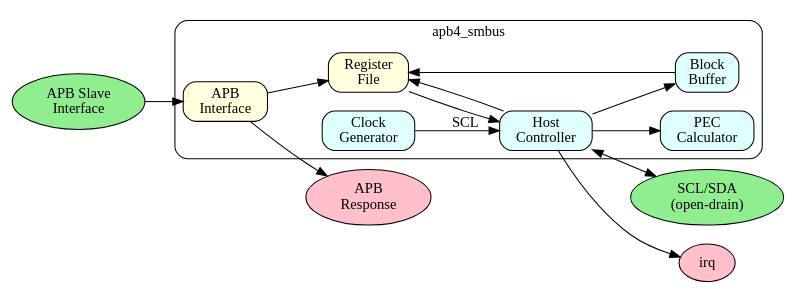
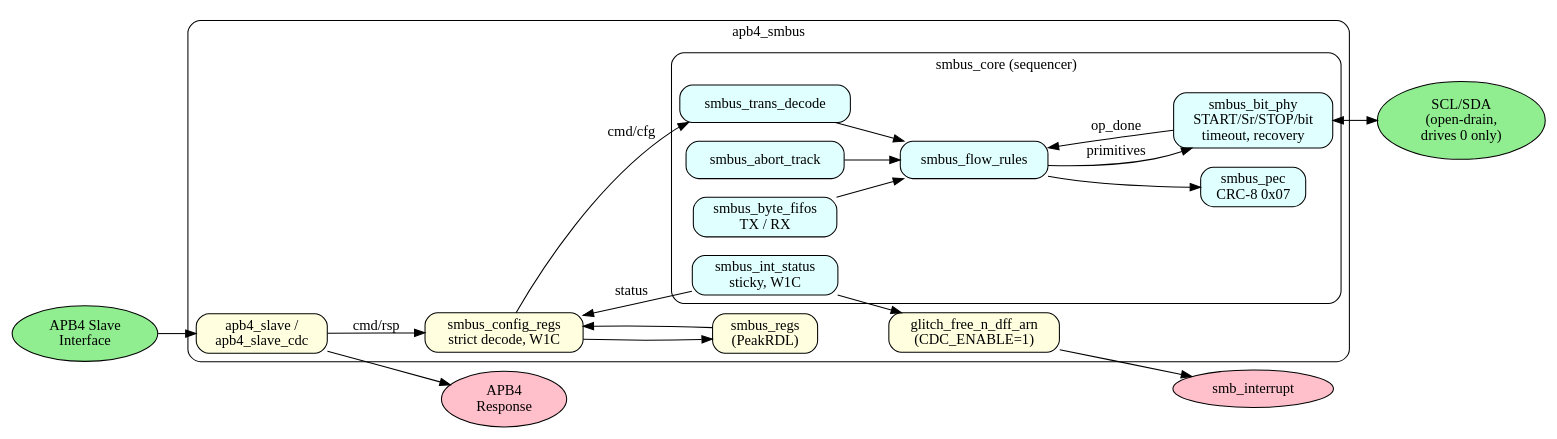
One commit to sean-galloway/RTLDesignSherpa changed the diagram in projects/components/retro_legacy_blocks/docs/smbus_mas/assets/graphviz/smbus_top.gv. Above: the diagram before and after it, drawn with Graphviz. The commit also changed 68 other files, not shown here.

```diff
--- a/projects/components/retro_legacy_blocks/docs/smbus_mas/assets/graphviz/smbus_top.gv
+++ b/projects/components/retro_legacy_blocks/docs/smbus_mas/assets/graphviz/smbus_top.gv
@@ -1,35 +1,52 @@
 // SMBus Top-Level Block Diagram
 digraph smbus_top {
     rankdir=LR;
     node [shape=box, style="rounded,filled", fillcolor=lightblue];
 
-    apb_in [label="APB Slave\nInterface", shape=ellipse, fillcolor=lightgreen];
-    scl_sda [label="SCL/SDA\n(open-drain)", shape=ellipse, fillcolor=lightgreen];
+    apb_in [label="APB4 Slave\nInterface", shape=ellipse, fillcolor=lightgreen];
+    scl_sda [label="SCL/SDA\n(open-drain,\ndrives 0 only)", shape=ellipse, fillcolor=lightgreen];
 
     subgraph cluster_smbus {
         label="apb4_smbus";
         style=rounded;
 
-        apb_if [label="APB\nInterface", fillcolor=lightyellow];
-        regs [label="Register\nFile", fillcolor=lightyellow];
-        host_ctrl [label="Host\nController", fillcolor=lightcyan];
-        clk_gen [label="Clock\nGenerator", fillcolor=lightcyan];
-        pec_calc [label="PEC\nCalculator", fillcolor=lightcyan];
-        block_buf [label="Block\nBuffer", fillcolor=lightcyan];
+        apb_if [label="apb4_slave /\napb4_slave_cdc", fillcolor=lightyellow];
+        cfg [label="smbus_config_regs\nstrict decode, W1C", fillcolor=lightyellow];
+        regs [label="smbus_regs\n(PeakRDL)", fillcolor=lightyellow];
+
+        subgraph cluster_core {
+            label="smbus_core (sequencer)";
+            style=rounded;
+
+            trans_dec [label="smbus_trans_decode", fillcolor=lightcyan];
+            flow [label="smbus_flow_rules", fillcolor=lightcyan];
+            abort [label="smbus_abort_track", fillcolor=lightcyan];
+            fifos [label="smbus_byte_fifos\nTX / RX", fillcolor=lightcyan];
+            int_st [label="smbus_int_status\nsticky, W1C", fillcolor=lightcyan];
+            pec [label="smbus_pec\nCRC-8 0x07", fillcolor=lightcyan];
+            phy [label="smbus_bit_phy\nSTART/Sr/STOP/bit\ntimeout, recovery", fillcolor=lightcyan];
+        }
+
+        int_sync [label="glitch_free_n_dff_arn\n(CDC_ENABLE=1)", fillcolor=lightyellow];
     }
 
-    irq [label="irq", shape=ellipse, fillcolor=pink];
-    apb_out [label="APB\nResponse", shape=ellipse, fillcolor=pink];
+    irq [label="smb_interrupt", shape=ellipse, fillcolor=pink];
+    apb_out [label="APB4\nResponse", shape=ellipse, fillcolor=pink];
 
     apb_in -> apb_if;
-    apb_if -> regs;
+    apb_if -> cfg [label="cmd/rsp"];
+    cfg -> regs;
     apb_if -> apb_out;
-    regs -> host_ctrl;
-    host_ctrl -> regs;
-    clk_gen -> host_ctrl [label="SCL"];
-    host_ctrl -> scl_sda [dir=both];
-    host_ctrl -> pec_calc;
-    host_ctrl -> block_buf;
-    block_buf -> regs;
-    host_ctrl -> irq;
+    cfg -> trans_dec [label="cmd/cfg"];
+    regs -> cfg;
+    trans_dec -> flow;
+    flow -> phy [label="primitives"];
+    phy -> flow [label="op_done"];
+    abort -> flow;
+    fifos -> flow;
+    flow -> pec;
+    phy -> scl_sda [dir=both];
+    int_st -> cfg [label="status"];
+    int_st -> int_sync;
+    int_sync -> irq;
 }
```
